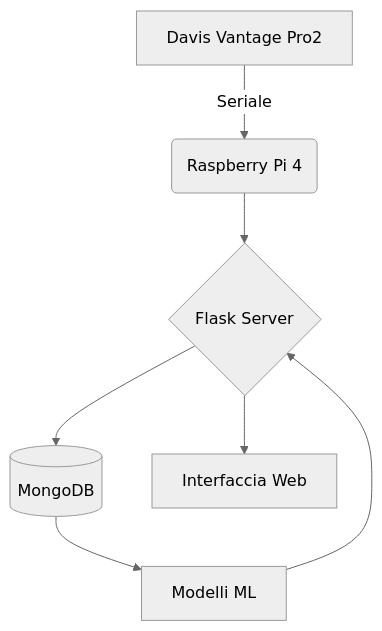
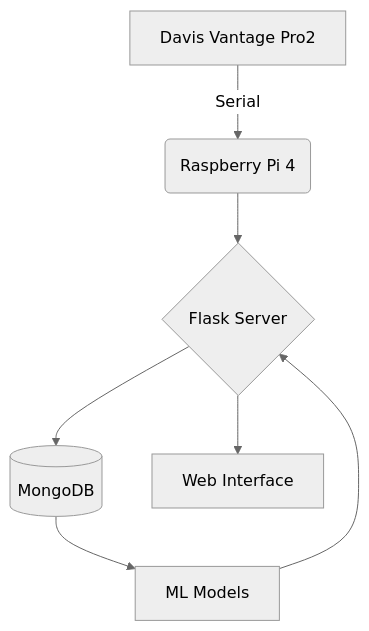
Before and after one commit to itisAE/Stazione-meteo: the diagram in README.md, drawn with Mermaid (neutral theme). The commit also changed other lines of this file and 1 other file, not shown here.

````diff
--- a/README.md
+++ b/README.md
@@ -28,9 +27,9 @@
 ```mermaid
 graph TD
-    A[Davis Vantage Pro2] -->|Seriale| B(Raspberry Pi 4)
+    A[Davis Vantage Pro2] -->|Serial| B(Raspberry Pi 4)
     B --> C{Flask Server}
     C --> D[(MongoDB)]
-    C --> E[Interfaccia Web]
-    D --> F[Modelli ML]
+    C --> E[Web Interface]
+    D --> F[ML Models]
     F --> C
 ```
````
